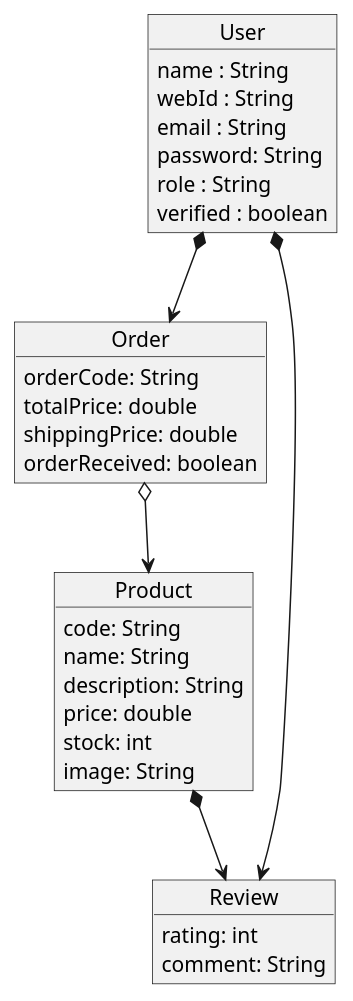
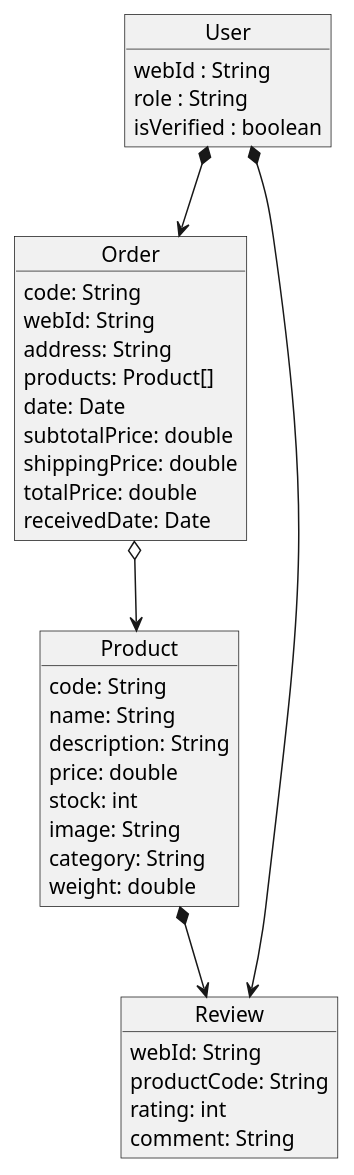
Before and after one commit to Arquisoft/dede_en2a: the diagram in docs/08_concepts.adoc, drawn with PlantUML. The commit also changed 2 other files, not shown here.

Commit message:
Solving some bugs on docu and adding ADR14

```diff
--- a/docs/08_concepts.adoc
+++ b/docs/08_concepts.adoc
@@ -55,37 +55,43 @@
 [plantuml, "DomainModel", png]
 ----
 object User{
-    name : String
     webId : String
-    email : String
-    password: String
     role : String
-    verified : boolean
+    isVerified : boolean
 }
 
 object Product{
     code: String
     name: String
     description: String
     price: double
     stock: int
     image: String
+    category: String
+    weight: double
 }
 
 object Order{
-    orderCode: String
+    code: String
+    webId: String
+    address: String
+    products: Product[]
+    date: Date
+    subtotalPrice: double
+    shippingPrice: double
     totalPrice: double
-    shippingPrice: double
-    orderReceived: boolean
+    receivedDate: Date
 }
 
 object Review{
+    webId: String
+    productCode: String
     rating: int
     comment: String
 }
 
 User *--> Order
 Order o--> Product
 Product *--> Review
 User *--> Review
 ----
```
